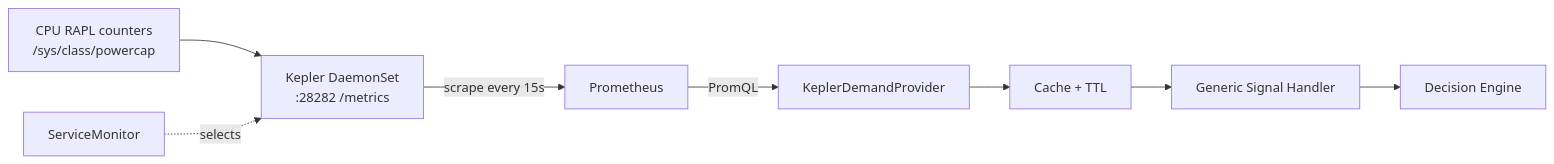
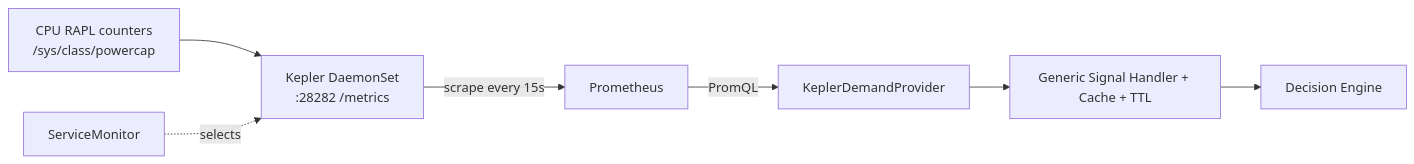
One commit to suresh-ls/energyaware-k8s-admission changed the diagram in docs/kepler-setup.md. Above: the diagram before and after it, drawn with Mermaid. The commit also changed other lines of this file and 2 other files, not shown here.

````diff
--- a/docs/kepler-setup.md
+++ b/docs/kepler-setup.md
@@ -11,10 +11,9 @@
 ```mermaid
 flowchart LR
   CPU[CPU RAPL counters<br/>/sys/class/powercap] --> K[Kepler DaemonSet<br/>:28282 /metrics]
   K -->|scrape every 15s| P[Prometheus]
   SM[ServiceMonitor] -.selects.-> K
   P -->|PromQL| D[KeplerDemandProvider]
-  D --> C[Cache + TTL]
-  C --> G[Generic Signal Handler]
+  D --> G[Generic Signal Handler + Cache + TTL]
   G --> E[Decision Engine]
 ```
````
